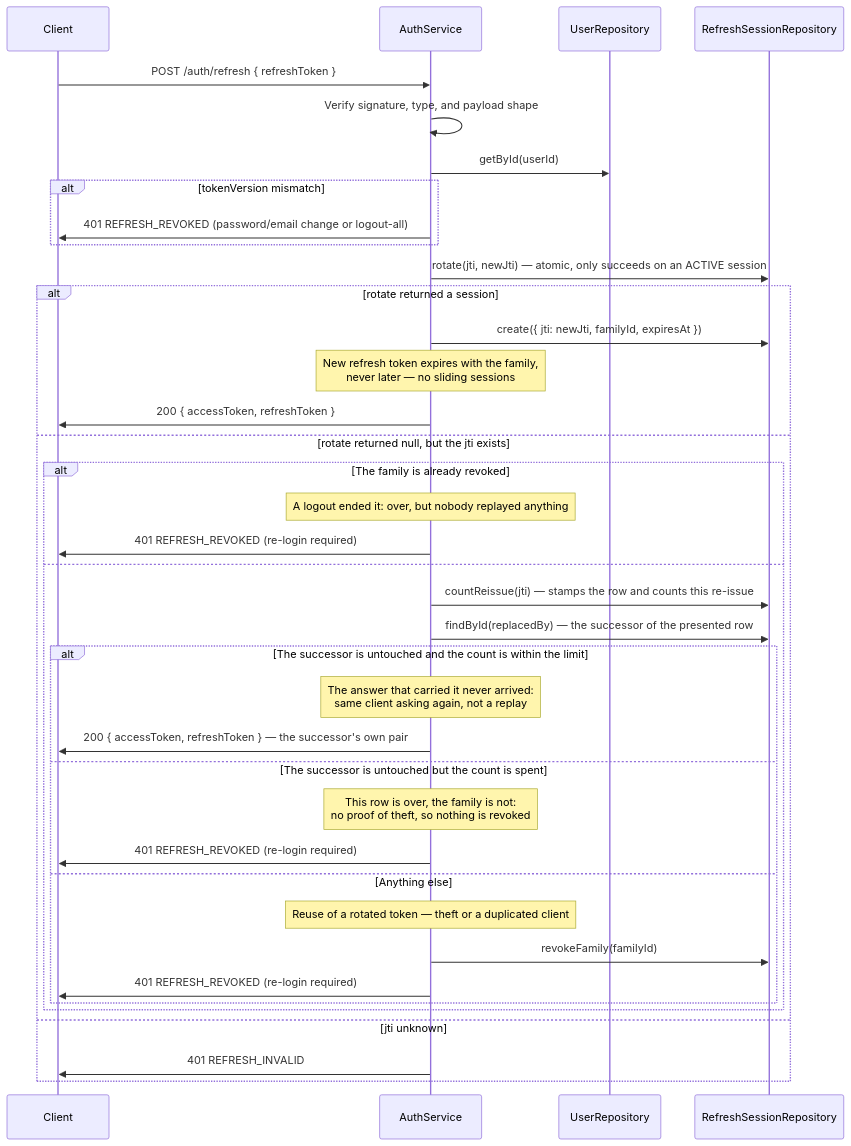
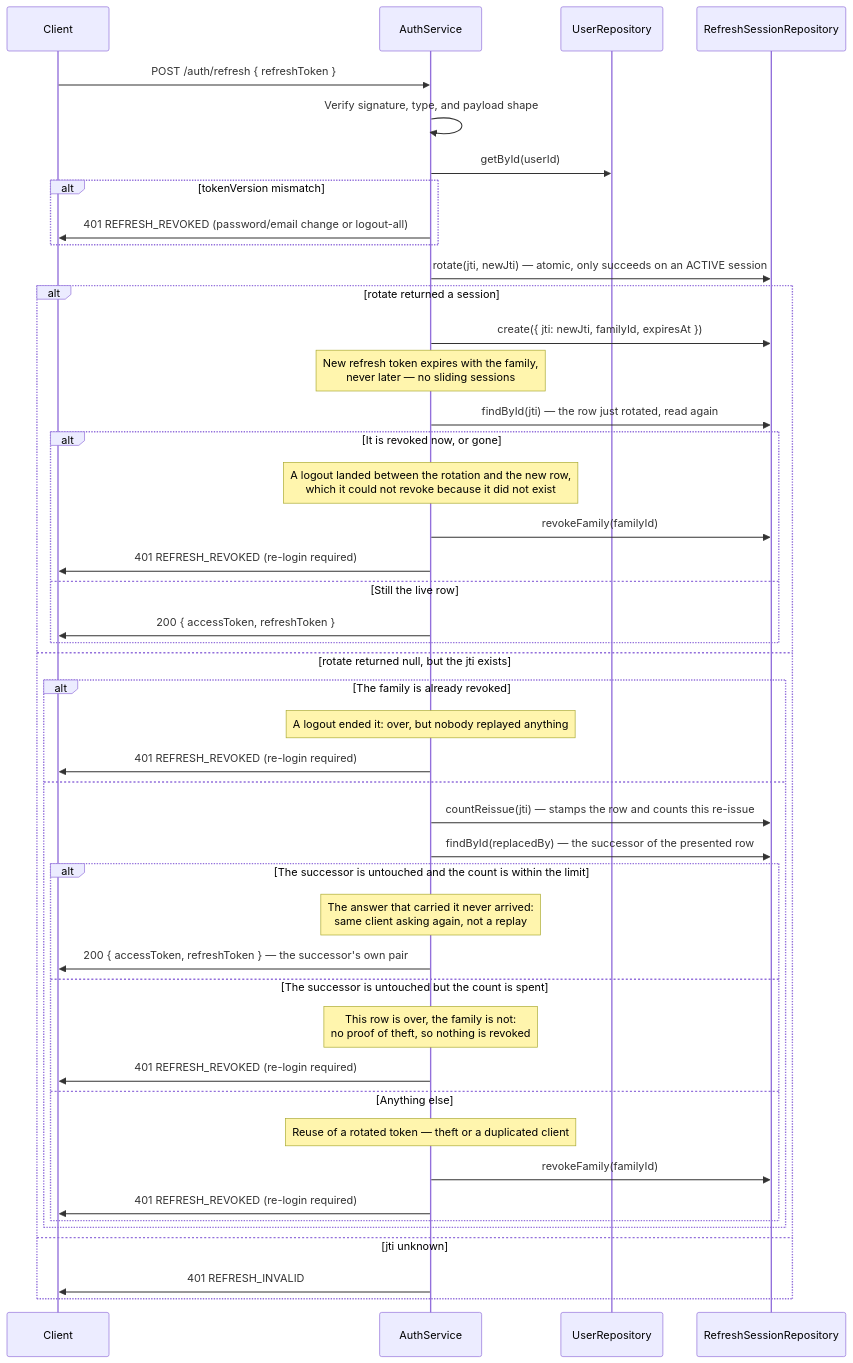
Before and after one commit to alex16jpv/lag-money-manager: the second of 2 diagrams in docs/modules/auth.md, drawn with Mermaid. The commit also changed other lines of this file and 4 other files, not shown here.

````diff
--- a/docs/modules/auth.md
+++ b/docs/modules/auth.md
@@ -238,41 +244,48 @@
 ```mermaid
 sequenceDiagram
     participant C as Client
     participant SVC as AuthService
     participant REPO as UserRepository
     participant SESS as RefreshSessionRepository
 
     C->>SVC: POST /auth/refresh { refreshToken }
     SVC->>SVC: Verify signature, type, and payload shape
     SVC->>REPO: getById(userId)
     alt tokenVersion mismatch
         SVC->>C: 401 REFRESH_REVOKED (password/email change or logout-all)
     end
     SVC->>SESS: rotate(jti, newJti) — atomic, only succeeds on an ACTIVE session
     alt rotate returned a session
         SVC->>SESS: create({ jti: newJti, familyId, expiresAt })
         Note over SVC: New refresh token expires with the family,<br/>never later — no sliding sessions
-        SVC->>C: 200 { accessToken, refreshToken }
+        SVC->>SESS: findById(jti) — the row just rotated, read again
+        alt It is revoked now, or gone
+            Note over SVC: A logout landed between the rotation and the new row,<br/>which it could not revoke because it did not exist
+            SVC->>SESS: revokeFamily(familyId)
+            SVC->>C: 401 REFRESH_REVOKED (re-login required)
+        else Still the live row
+            SVC->>C: 200 { accessToken, refreshToken }
+        end
     else rotate returned null, but the jti exists
         alt The family is already revoked
             Note over SVC: A logout ended it: over, but nobody replayed anything
             SVC->>C: 401 REFRESH_REVOKED (re-login required)
         else
             SVC->>SESS: countReissue(jti) — stamps the row and counts this re-issue
             SVC->>SESS: findById(replacedBy) — the successor of the presented row
             alt The successor is untouched and the count is within the limit
                 Note over SVC: The answer that carried it never arrived:<br/>same client asking again, not a replay
                 SVC->>C: 200 { accessToken, refreshToken } — the successor's own pair
             else The successor is untouched but the count is spent
                 Note over SVC: This row is over, the family is not:<br/>no proof of theft, so nothing is revoked
                 SVC->>C: 401 REFRESH_REVOKED (re-login required)
             else Anything else
                 Note over SVC: Reuse of a rotated token — theft or a duplicated client
                 SVC->>SESS: revokeFamily(familyId)
                 SVC->>C: 401 REFRESH_REVOKED (re-login required)
             end
         end
     else jti unknown
         SVC->>C: 401 REFRESH_INVALID
     end
 ```
````
